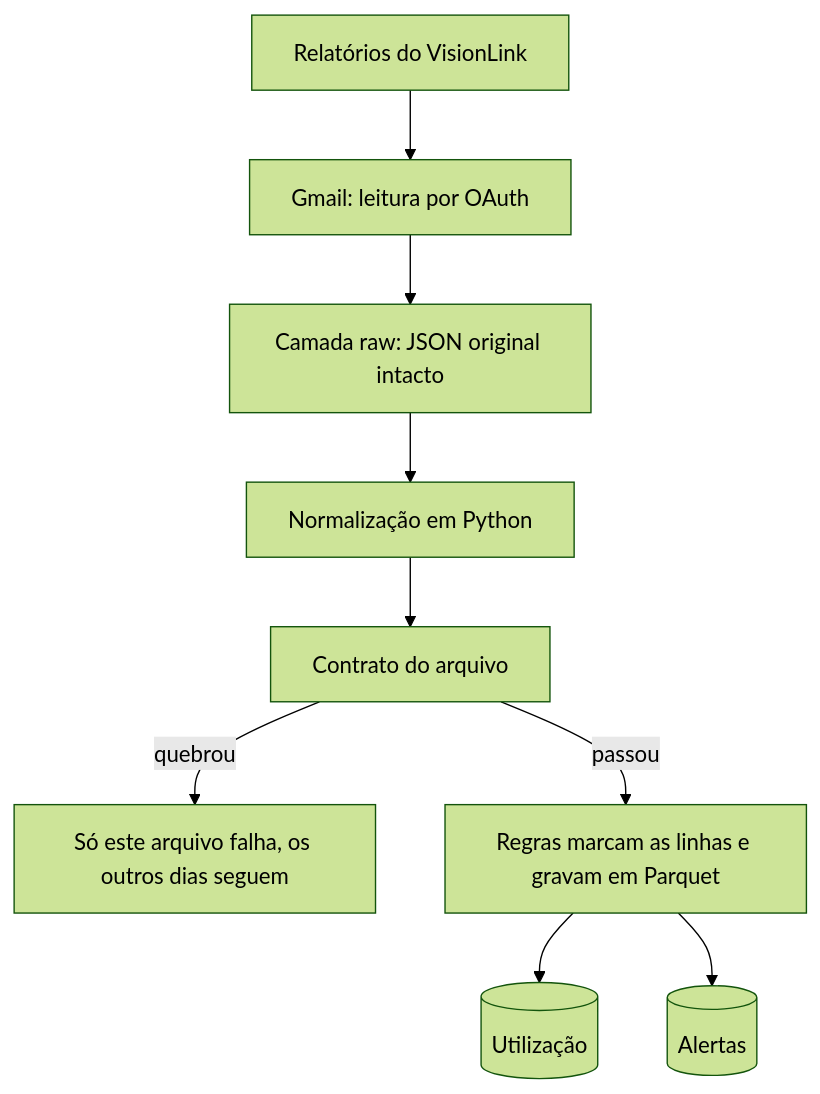
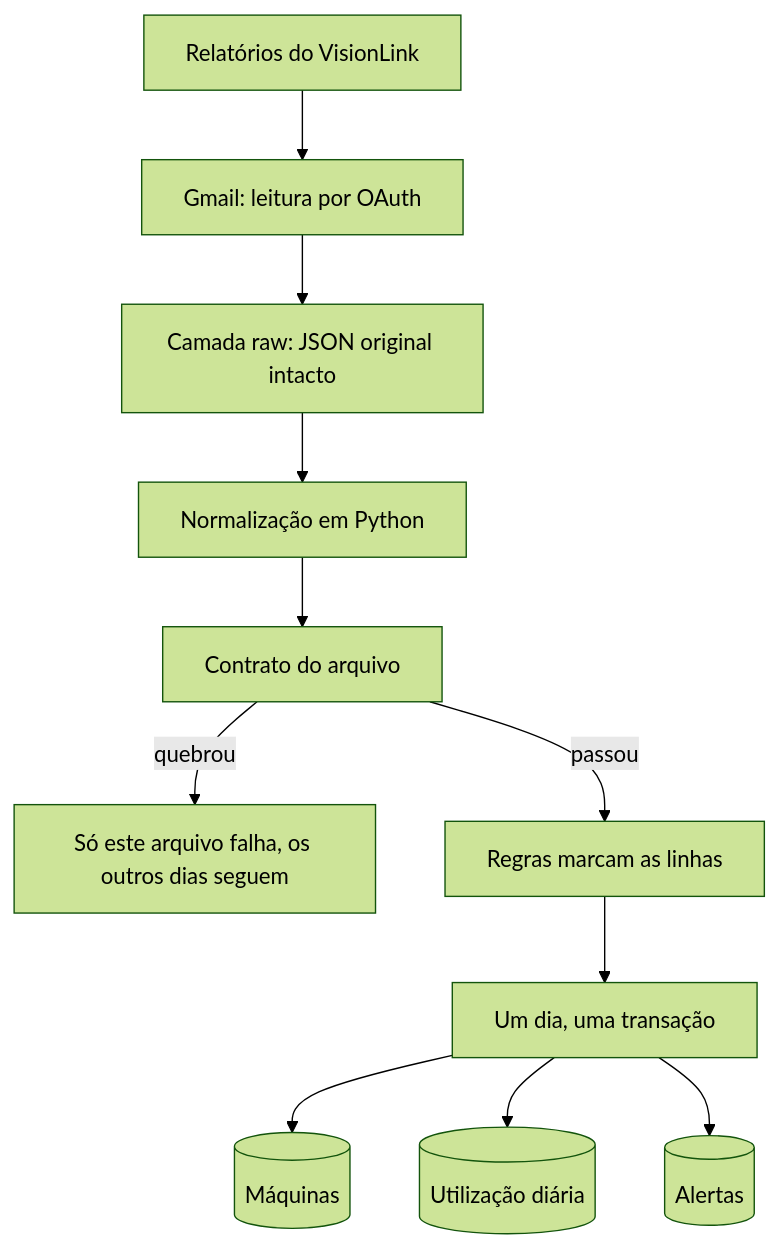
The diagram in src/content/projetos/telemetria-de-frota.md (GabrielFDA7/GabrielFDA7.github.io), drawn with Mermaid (forest theme) before and after one commit. The commit also changed other lines of this file and 3 other files, not shown here.

````diff
--- a/src/content/projetos/telemetria-de-frota.md
+++ b/src/content/projetos/telemetria-de-frota.md
@@ -35,13 +48,15 @@
 ```mermaid
 flowchart TD
   accTitle: Pipeline de telemetria
-  accDescr: Os relatórios agendados do VisionLink chegam ao Gmail, e o JSON original é guardado sem alteração. Todo dia, o pipeline em Python normaliza cada arquivo e confere o contrato. Se o contrato quebra, aquele arquivo falha e os outros dias seguem. Se passa, as regras de qualidade marcam as linhas suspeitas e os dados são gravados em duas tabelas Parquet, uma por dia: utilização diária e alertas.
+  accDescr: Os relatórios agendados do VisionLink chegam ao Gmail, e o JSON original é guardado sem alteração. Todo dia, o pipeline em Python normaliza cada arquivo e confere o contrato. Se o contrato quebra, aquele arquivo falha e os outros dias seguem. Se passa, as regras de qualidade marcam as linhas suspeitas e cada dia é gravado no PostgreSQL do Supabase, em uma transação, nas tabelas de máquinas, utilização diária e alertas.
   V[Relatórios do VisionLink] --> E[Gmail: leitura por OAuth]
   E --> R[Camada raw: JSON original intacto]
   R --> N[Normalização em Python]
   N --> Q[Contrato do arquivo]
   Q -->|quebrou| F[Só este arquivo falha, os outros dias seguem]
-  Q -->|passou| L[Regras marcam as linhas e gravam em Parquet]
-  L --> U[(Utilização)]
-  L --> A[(Alertas)]
+  Q -->|passou| L[Regras marcam as linhas]
+  L --> T[Um dia, uma transação]
+  T --> M[(Máquinas)]
+  T --> U[(Utilização diária)]
+  T --> A[(Alertas)]
 ```
````
